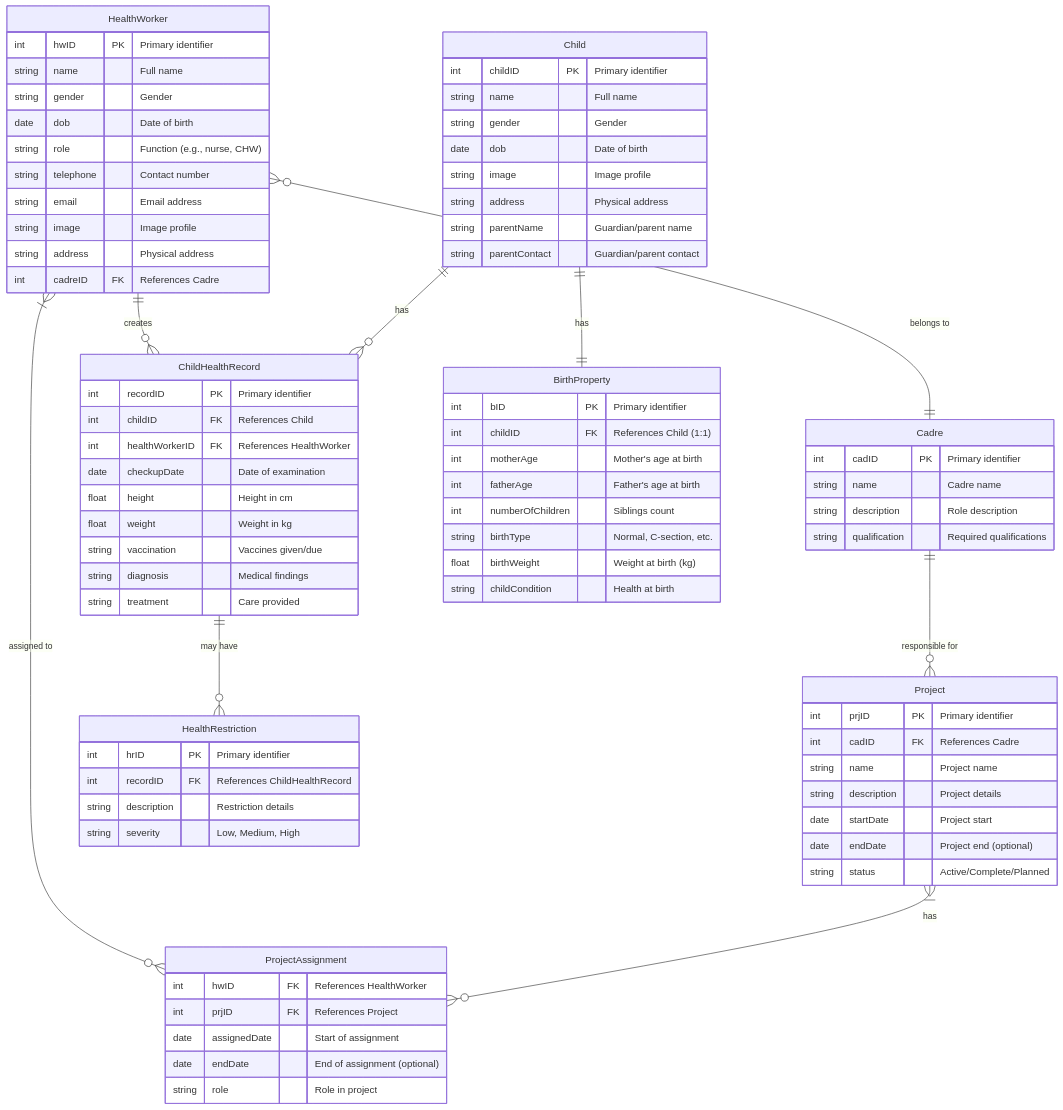
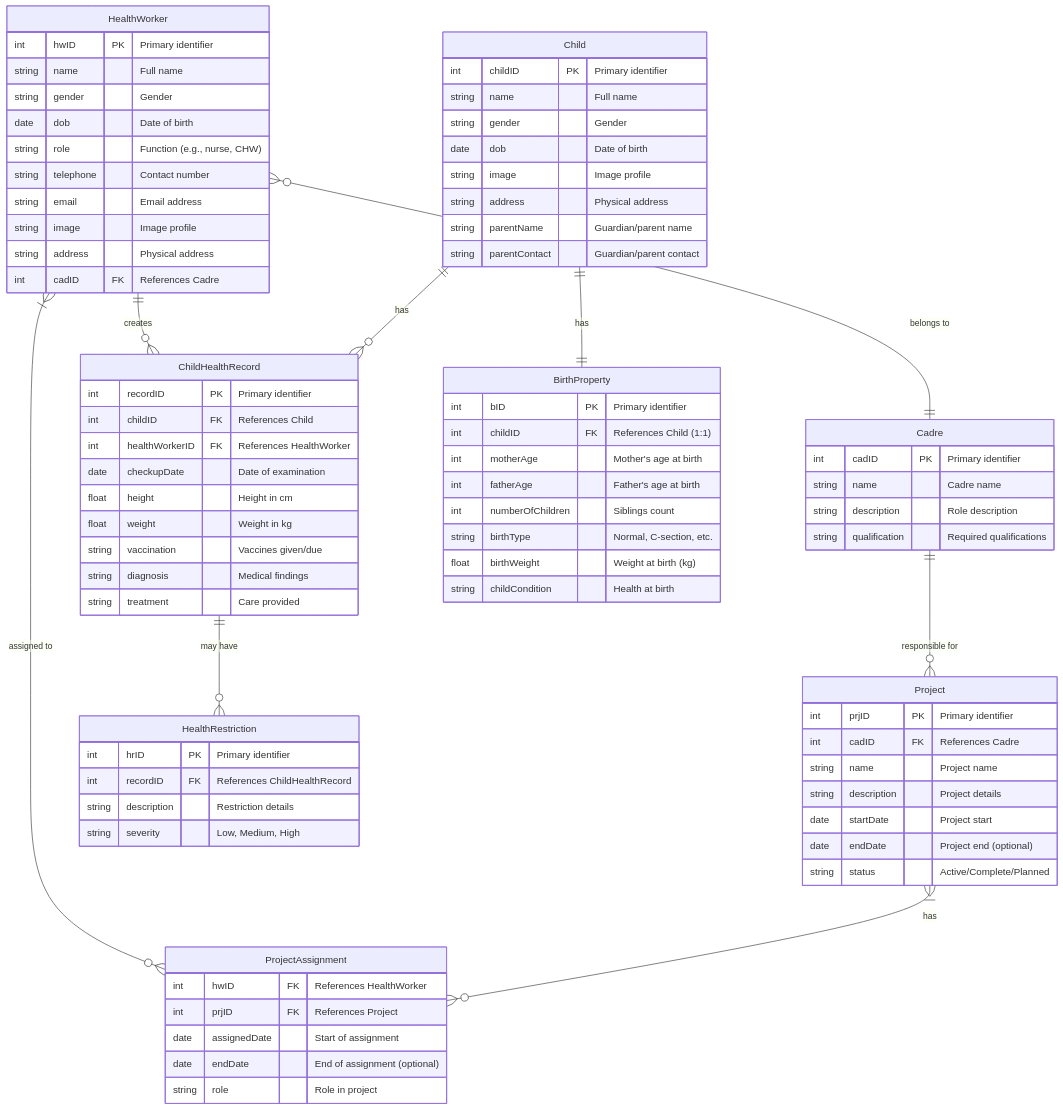
Before and after one commit to jadofils/wellnessbridge-api: the diagram in README.md, drawn with Mermaid. The commit also changed 8 other files, not shown here.

```diff
--- a/README.md
+++ b/README.md
@@ -24,7 +24,7 @@
         string email "Email address"
         string image"Image profile"
         string address "Physical address"
-        int cadreID FK "References Cadre"
+        int cadID FK "References Cadre"
     }
     
     Child {
```
